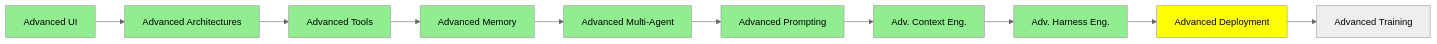
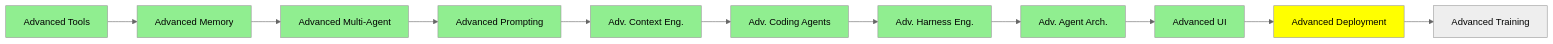
One commit to lokumai/ai-engineering-bazaar changed the diagram in mini-courses/3_expert/advanced_deployment.md. Above: the diagram before and after it, drawn with Mermaid (neutral theme). The commit also changed 99 other files, not shown here.

````diff
--- a/mini-courses/3_expert/advanced_deployment.md
+++ b/mini-courses/3_expert/advanced_deployment.md
@@ -13,21 +13,23 @@
 ```mermaid
 graph LR
-    A[Advanced UI] --> B[Advanced Architectures]
-    B --> C[Advanced Tools]
-    C --> D[Advanced Memory]
-    D --> E[Advanced Multi-Agent]
-    E --> F[Advanced Prompting]
-    F --> G[Adv. Context Eng.]
-    G --> H[Adv. Harness Eng.]
-    H --> I[Advanced Deployment]
-    I --> J[Advanced Training]
+    A[Advanced Tools] --> B[Advanced Memory]
+    B --> C[Advanced Multi-Agent]
+    C --> D[Advanced Prompting]
+    D --> E[Adv. Context Eng.]
+    E --> F[Adv. Coding Agents]
+    F --> G[Adv. Harness Eng.]
+    G --> H[Adv. Agent Arch.]
+    H --> I[Advanced UI]
+    I --> J[Advanced Deployment]
+    J --> K[Advanced Training]
     style A fill:#90EE90
     style B fill:#90EE90
     style C fill:#90EE90
     style D fill:#90EE90
     style E fill:#90EE90
     style F fill:#90EE90
     style G fill:#90EE90
     style H fill:#90EE90
-    style I fill:#FFFF00
+    style I fill:#90EE90
+    style J fill:#FFFF00
 ```
````
